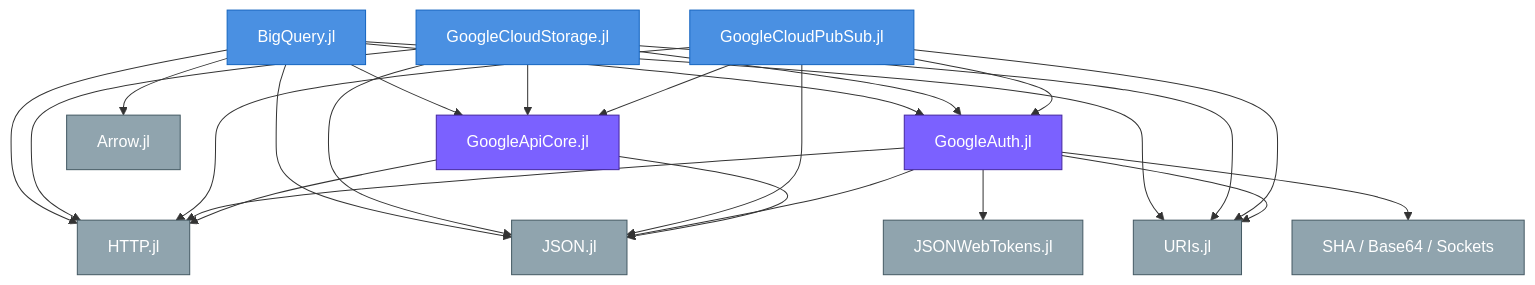
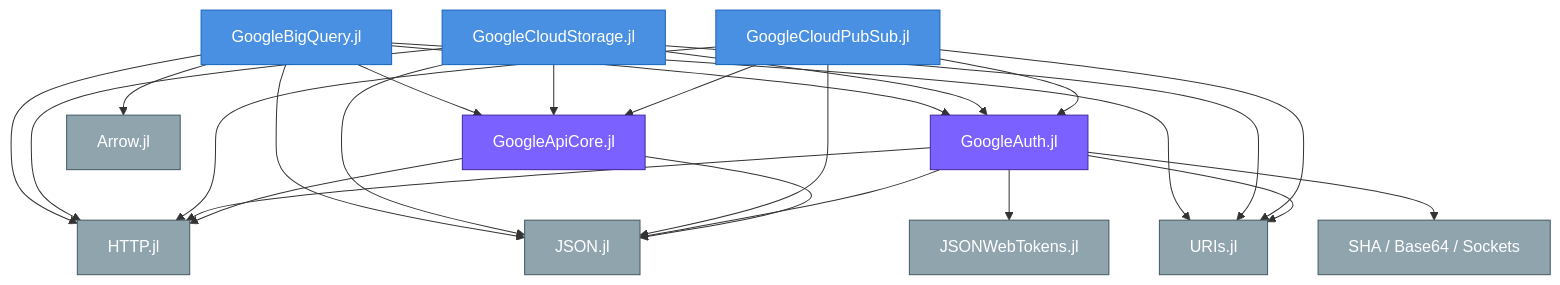
Before and after one commit to takuizum/GoogleCloudAPIs.jl: the first of 15 diagrams in ARCHITECTURE.md, drawn with Mermaid. The commit also changed other lines of this file and 27 other files, not shown here.

First line of the commit message:
rename: BigQuery.jl -> GoogleBigQuery.jl (package + module) (#29)

````diff
--- a/ARCHITECTURE.md
+++ b/ARCHITECTURE.md
@@ -92,52 +92,52 @@
 ```mermaid
 graph TD
-    BQ[BigQuery.jl]
+    BQ[GoogleBigQuery.jl]
     GCS[GoogleCloudStorage.jl]
     PS[GoogleCloudPubSub.jl]
 
     AUTH[GoogleAuth.jl]
     CORE[GoogleApiCore.jl]
 
     HTTP[HTTP.jl]
     JSON[JSON.jl]
     JWT[JSONWebTokens.jl]
     URIS[URIs.jl]
     ARROW[Arrow.jl]
     SHA[SHA / Base64 / Sockets]
 
     BQ --> AUTH
     BQ --> CORE
     BQ --> ARROW
     BQ --> HTTP
     BQ --> JSON
     BQ --> URIS
 
     GCS --> AUTH
     GCS --> CORE
     GCS --> HTTP
     GCS --> JSON
     GCS --> URIS
 
     PS --> AUTH
     PS --> CORE
     PS --> HTTP
     PS --> JSON
     PS --> URIS
 
     AUTH --> HTTP
     AUTH --> JSON
     AUTH --> JWT
     AUTH --> URIS
     AUTH --> SHA
 
     CORE --> HTTP
     CORE --> JSON
 
     classDef svc fill:#4A90E2,stroke:#1565C0,color:#fff
     classDef base fill:#7B61FF,stroke:#4527A0,color:#fff
     classDef ext fill:#90A4AE,stroke:#455A64,color:#fff
 
     class BQ,GCS,PS svc
     class AUTH,CORE base
     class HTTP,JSON,JWT,URIS,ARROW,SHA ext
 ```
````
